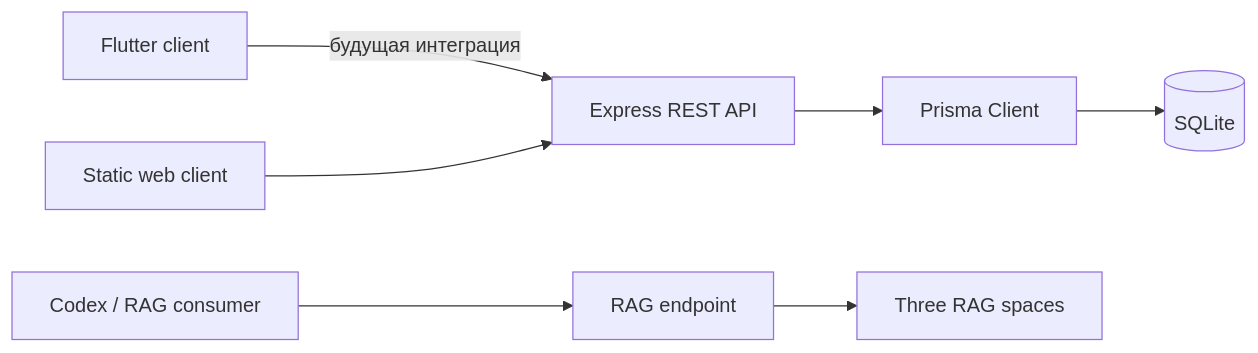
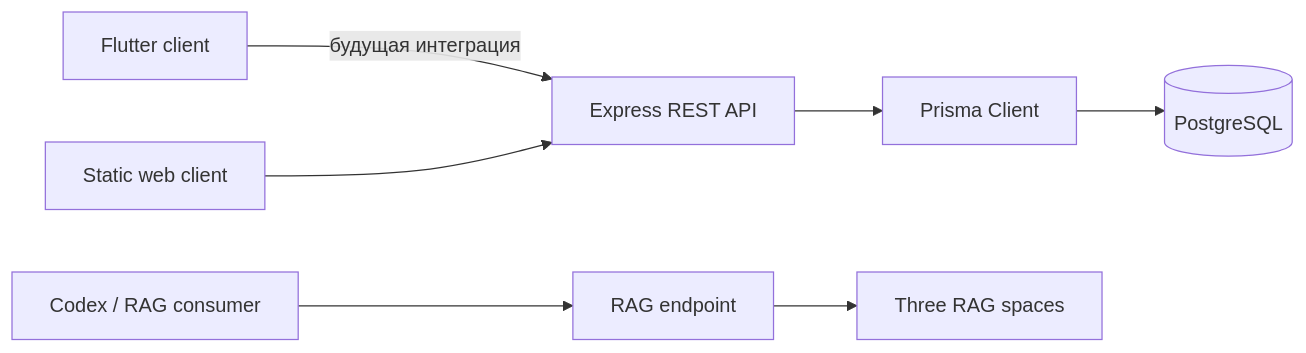
The diagram in docs/ARCHITECTURE.md (alexthanks10039/med-spravocnik), drawn with Mermaid before and after one commit. The commit also changed other lines of this file, not shown here.

Commit message:
docs: align architecture docs with PostgreSQL stack

````diff
--- a/docs/ARCHITECTURE.md
+++ b/docs/ARCHITECTURE.md
@@ -7,9 +7,9 @@
 ```mermaid
 flowchart LR
   F[Flutter client] -->|будущая интеграция| API[Express REST API]
   W[Static web client] --> API
   C[Codex / RAG consumer] --> RAG[RAG endpoint]
   API --> P[Prisma Client]
-  P --> DB[(SQLite)]
+  P --> DB[(PostgreSQL)]
   RAG --> L[Three RAG spaces]
 ```
````
